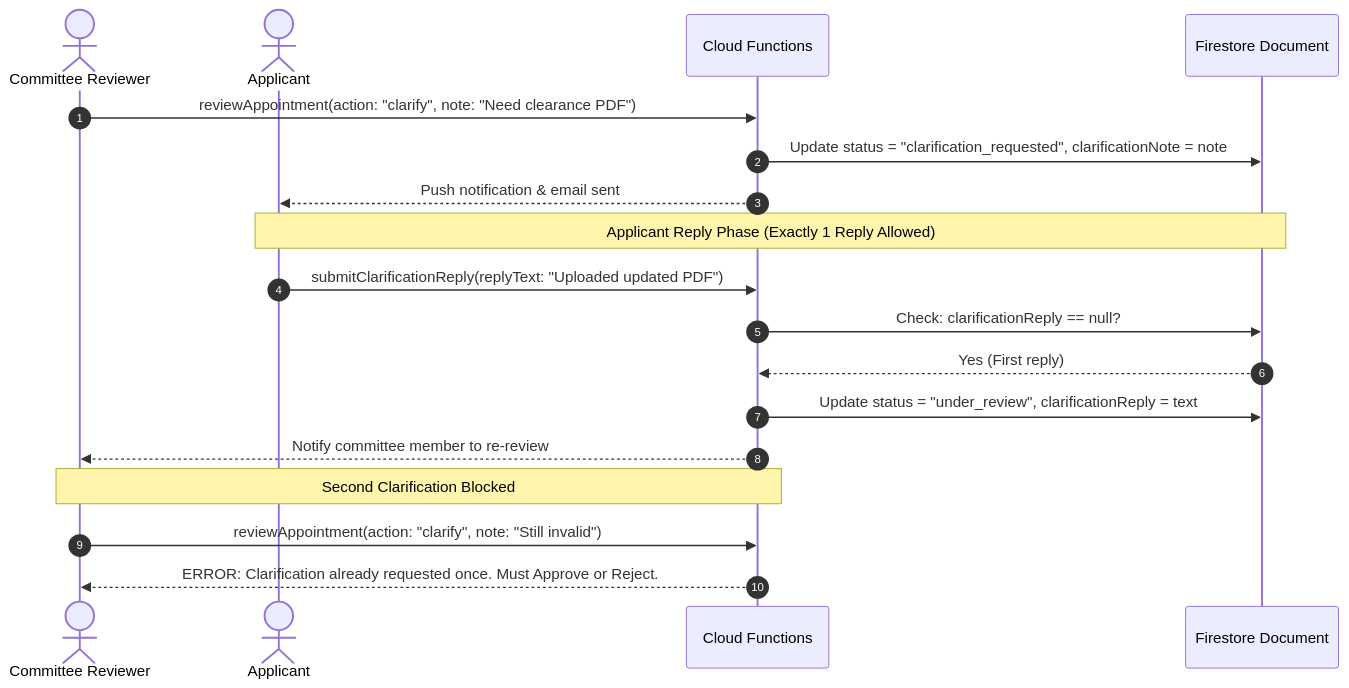
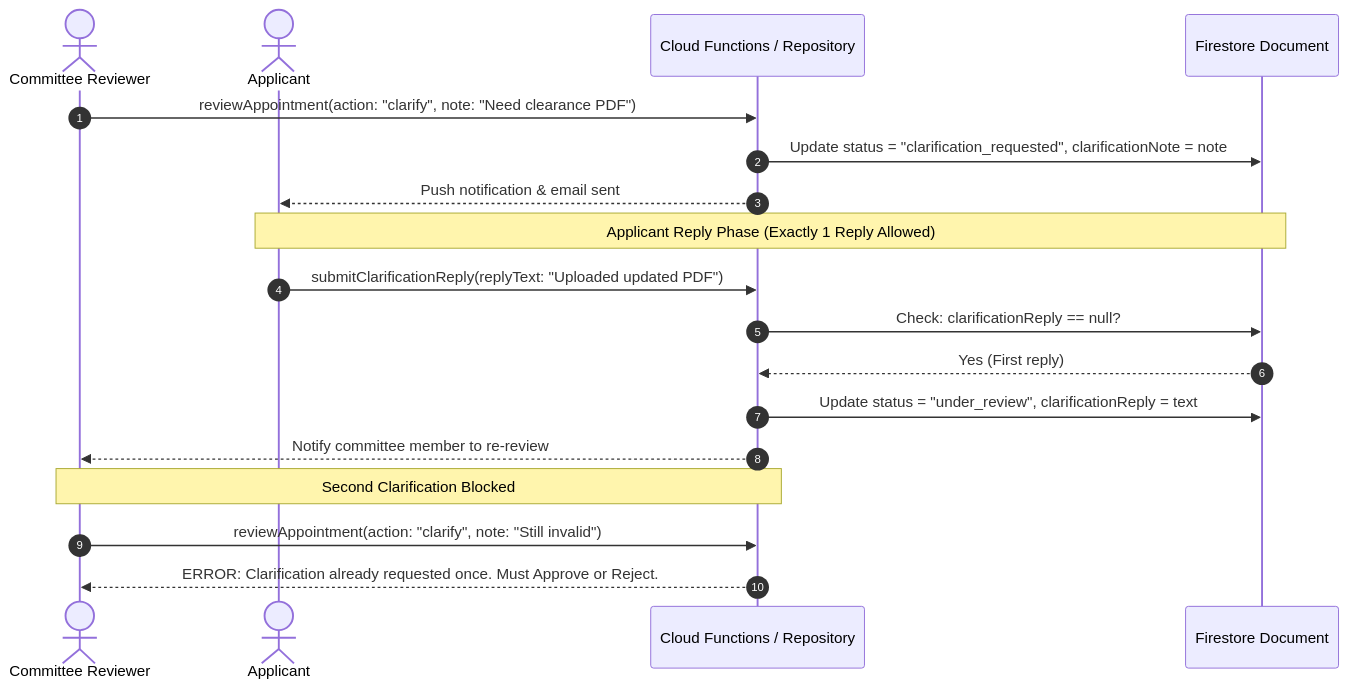
One commit to coe-sensrs/survey_booking_flutter changed the second of 7 diagrams in brain/workflows_business_logic.md. Above: the diagram before and after it, drawn with Mermaid. The commit also changed other lines of this file and 34 other files, not shown here.

````diff
--- a/brain/workflows_business_logic.md
+++ b/brain/workflows_business_logic.md
@@ -46,23 +46,23 @@
 ```mermaid
 sequenceDiagram
     autonumber
     actor Comm as Committee Reviewer
     actor App as Applicant
-    participant CF as Cloud Functions
+    participant CF as Cloud Functions / Repository
     participant FS as Firestore Document
 
     Comm->>CF: reviewAppointment(action: "clarify", note: "Need clearance PDF")
     CF->>FS: Update status = "clarification_requested", clarificationNote = note
     CF-->>App: Push notification & email sent
     
     Note over App,FS: Applicant Reply Phase (Exactly 1 Reply Allowed)
     App->>CF: submitClarificationReply(replyText: "Uploaded updated PDF")
     CF->>FS: Check: clarificationReply == null?
     FS-->>CF: Yes (First reply)
     CF->>FS: Update status = "under_review", clarificationReply = text
     CF-->>Comm: Notify committee member to re-review
     
     Note over Comm,CF: Second Clarification Blocked
     Comm->>CF: reviewAppointment(action: "clarify", note: "Still invalid")
     CF-->>Comm: ERROR: Clarification already requested once. Must Approve or Reject.
 ```
````
